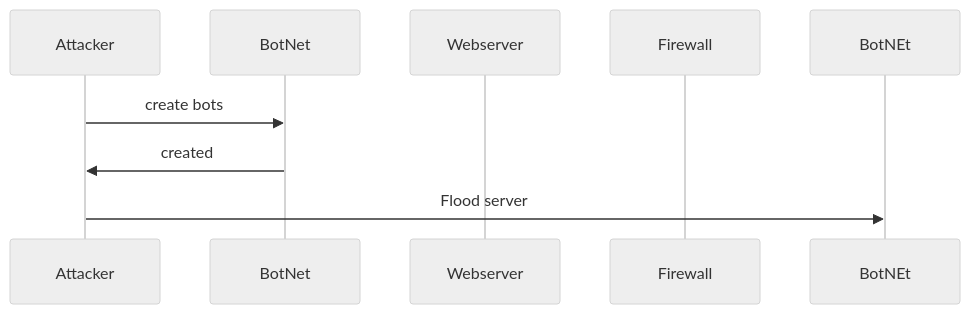
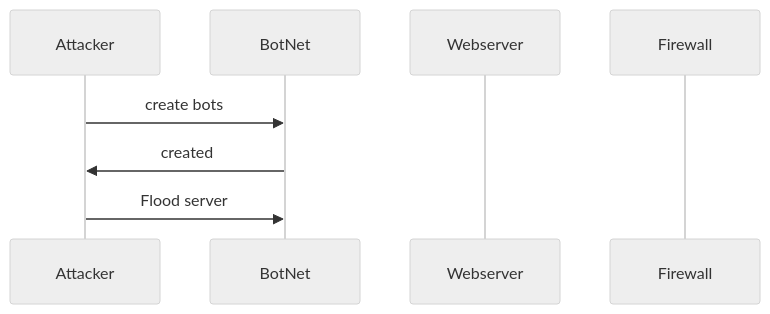
The diagram in DDoS_Attack_Sequence.md (G-Marotta/Flowchart), drawn with Mermaid (neutral theme) before and after one commit.

````diff
--- a/DDoS_Attack_Sequence.md
+++ b/DDoS_Attack_Sequence.md
@@ -2,10 +2,10 @@
 ```mermaid
 sequenceDiagram
     participant Attacker
     participant BotNet
     participant Webserver
     participant Firewall
     Attacker->>BotNet: create bots
     BotNet->>Attacker: created
-    Attacker->>BotNEt: Flood server
+    Attacker->>BotNet: Flood server
 ```
````
